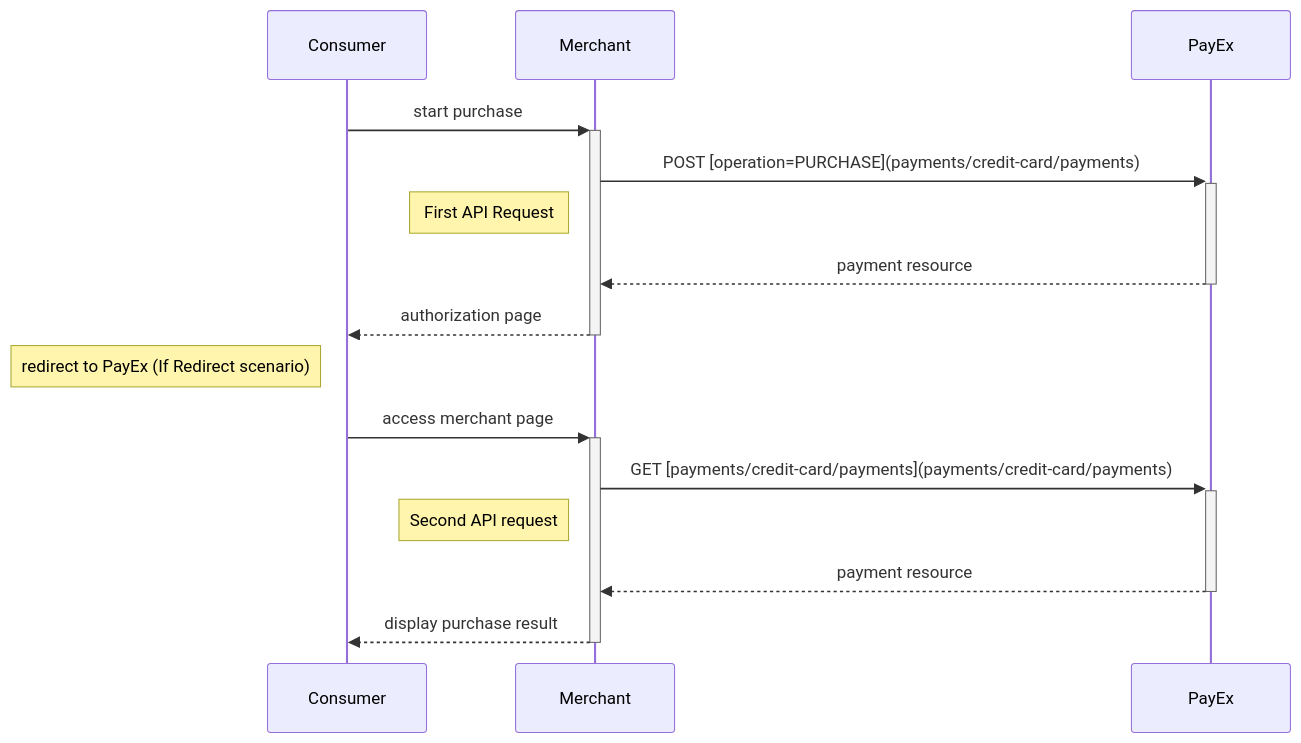
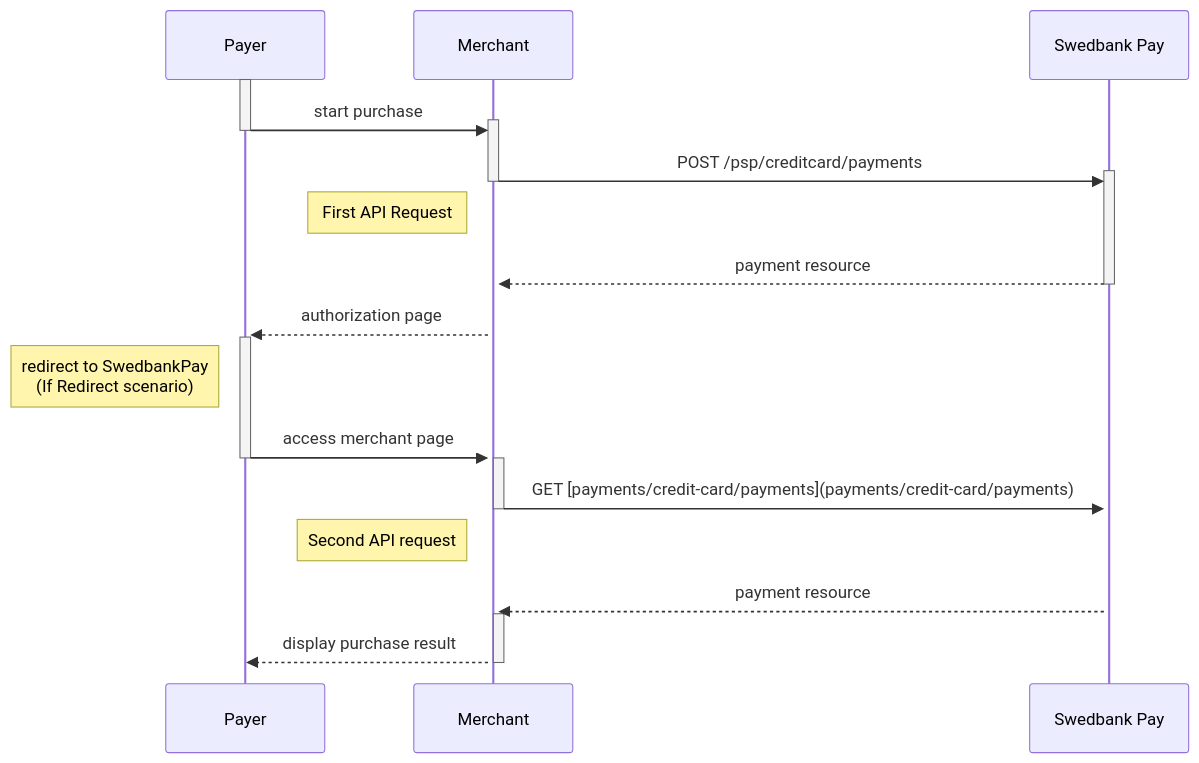
One commit to SwedbankPay/developer.swedbankpay.com changed the first of 2 diagrams in payments/credit-card/index.md. Above: the diagram before and after it, drawn with Mermaid. The commit also changed other lines of this file, not shown here.

Commit message:
DX-384 editing sequence diagram in Introduction

````diff
--- a/payments/credit-card/index.md
+++ b/payments/credit-card/index.md
@@ -117,15 +117,25 @@
 ```mermaid
 sequenceDiagram
-    Consumer->>+Merchant: start purchase
-    Merchant->>+PayEx: POST [operation=PURCHASE](payments/credit-card/payments)
-    Note left of Merchant: First API Request
-    PayEx-->>-Merchant: payment resource
-    Merchant-->>-Consumer: authorization page
-    note left of Consumer: redirect to PayEx (If Redirect scenario)
+    participant Payer
+    participant Merchant
+    participant SwedbankPay as Swedbank Pay
 
-    Consumer->>+Merchant: access merchant page
-    Merchant->>+PayEx: GET [payments/credit-card/payments](payments/credit-card/payments)
+    activate Payer
+    Payer->>+Merchant: start purchase
+    deactivate Payer
+    Merchant->>+SwedbankPay: POST /psp/creditcard/payments
+    deactivate Merchant
+    note left of Merchant: First API Request
+    SwedbankPay-->>+Merchant: payment resource
+    deactivate SwedbankPay
+    Merchant-->>+Payer: authorization page
+    note left of Payer: redirect to SwedbankPay<br>(If Redirect scenario)
+
+    Payer->>+Merchant: access merchant page
+    deactivate Payer
+    Merchant->>+SwedbankPay: GET [payments/credit-card/payments](payments/credit-card/payments)
+    deactivate Merchant
     note left of Merchant: Second API request
-    PayEx-->>-Merchant: payment resource
-    Merchant-->>-Consumer: display purchase result
+    SwedbankPay-->>+Merchant: payment resource
+    Merchant-->>-Payer: display purchase result
 ```
````
